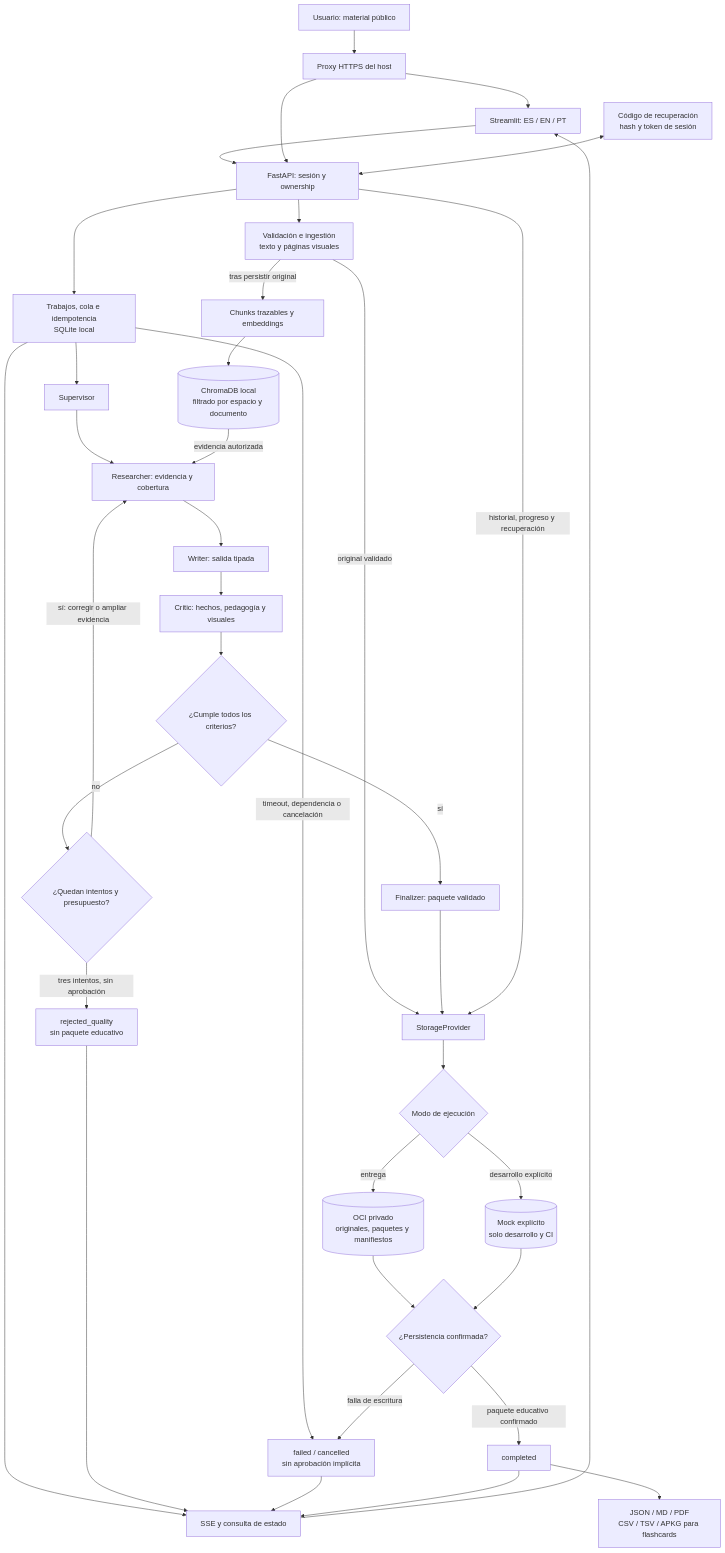
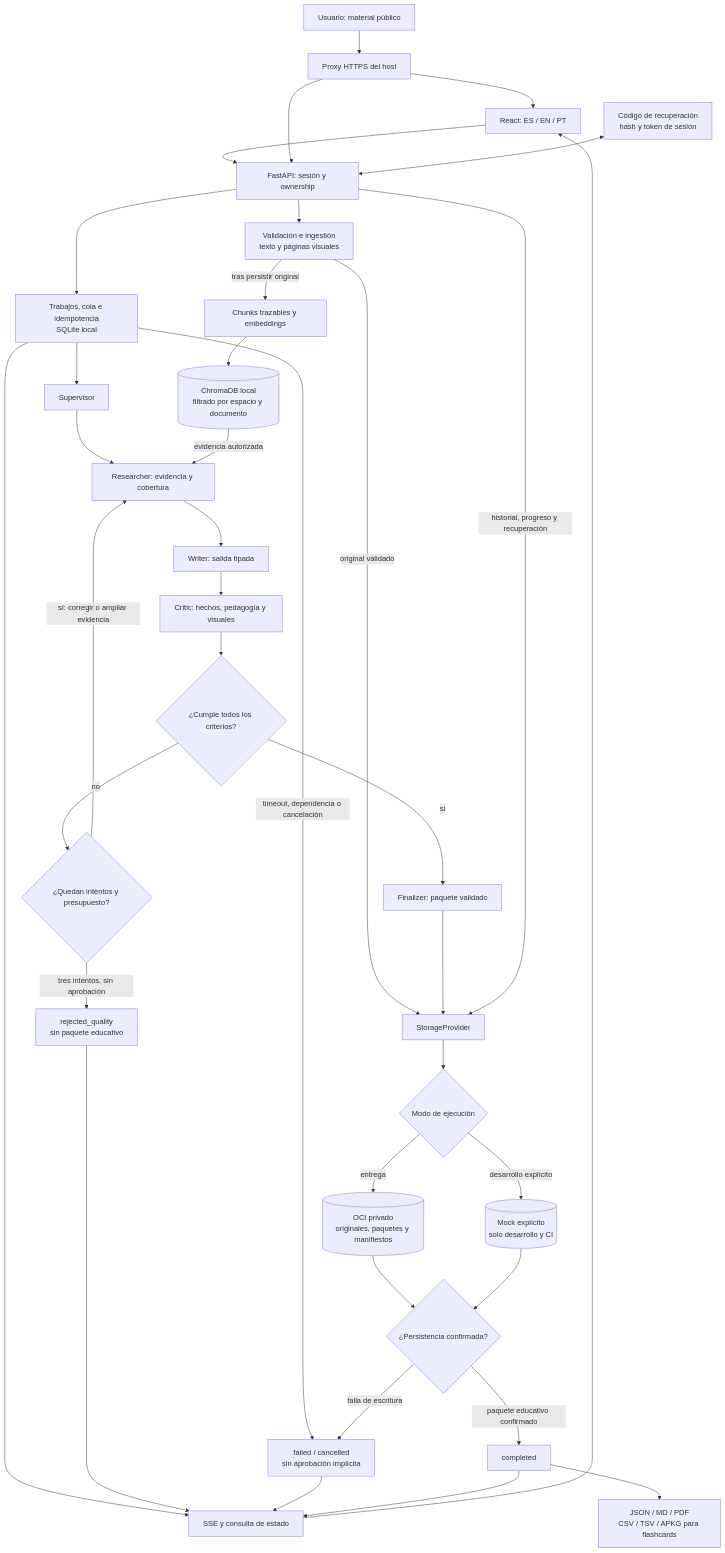
Before and after one commit to DavidAlonsoCode/NuevaMente-RAG-Multiagente: the diagram in decisiones_proyecto.md, drawn with Mermaid. The commit also changed other lines of this file and 119 other files, not shown here.

````diff
--- a/decisiones_proyecto.md
+++ b/decisiones_proyecto.md
@@ -1612,58 +1559,58 @@
 ```mermaid
 flowchart TB
     User["Usuario: material público"]
     Proxy["Proxy HTTPS del host"]
-    UI["Streamlit: ES / EN / PT"]
+    UI["React: ES / EN / PT"]
     API["FastAPI: sesión y ownership"]
     Recovery["Código de recuperación<br/>hash y token de sesión"]
     Jobs["Trabajos, cola e idempotencia<br/>SQLite local"]
     Ingest["Validación e ingestión<br/>texto y páginas visuales"]
     Chunk["Chunks trazables y embeddings"]
     Chroma[("ChromaDB local<br/>filtrado por espacio y documento")]
     Supervisor["Supervisor"]
     Researcher["Researcher: evidencia y cobertura"]
     Writer["Writer: salida tipada"]
     Critic["Critic: hechos, pedagogía y visuales"]
     Gate{"¿Cumple todos los criterios?"}
     Retry{"¿Quedan intentos y presupuesto?"}
     Finalizer["Finalizer: paquete validado"]
     Rejected["rejected_quality<br/>sin paquete educativo"]
     Failure["failed / cancelled<br/>sin aprobación implícita"]
     Storage["StorageProvider"]
     Mode{"Modo de ejecución"}
     OCI[("OCI privado<br/>originales, paquetes y manifiestos")]
     Local[("Mock explícito<br/>solo desarrollo y CI")]
     Saved{"¿Persistencia confirmada?"}
     Done["completed"]
     SSE["SSE y consulta de estado"]
     Exports["JSON / MD / PDF<br/>CSV / TSV / APKG para flashcards"]
 
     User --> Proxy --> UI --> API
     Proxy --> API
     Recovery <--> API
     API --> Jobs
     API --> Ingest
     Ingest -->|"original validado"| Storage
     Ingest -->|"tras persistir original"| Chunk --> Chroma
     Jobs --> Supervisor --> Researcher
     Chroma -->|"evidencia autorizada"| Researcher
     Researcher --> Writer --> Critic --> Gate
     Gate -->|"sí"| Finalizer --> Storage
     Gate -->|"no"| Retry
     Retry -->|"sí: corregir o ampliar evidencia"| Researcher
     Retry -->|"tres intentos, sin aprobación"| Rejected
     Jobs -->|"timeout, dependencia o cancelación"| Failure
     Storage --> Mode
     Mode -->|"entrega"| OCI
     Mode -->|"desarrollo explícito"| Local
     OCI --> Saved
     Local --> Saved
     Saved -->|"paquete educativo confirmado"| Done
     Saved -->|"falla de escritura"| Failure
     Jobs --> SSE --> UI
     Rejected --> SSE
     Failure --> SSE
     Done --> SSE
     Done --> Exports
     API -->|"historial, progreso y recuperación"| Storage
 ```
````
